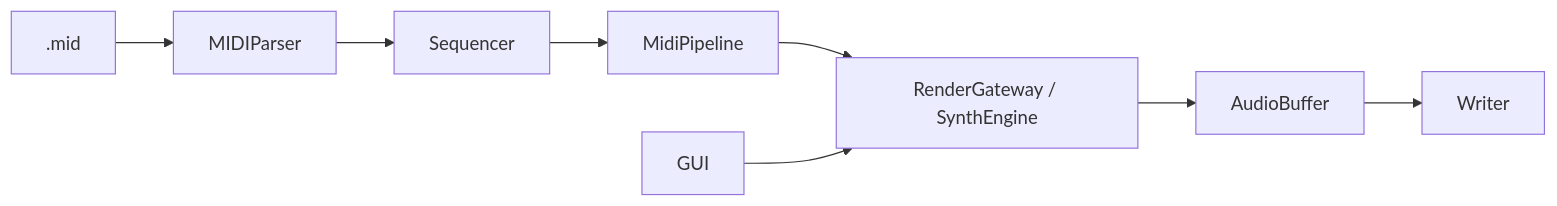
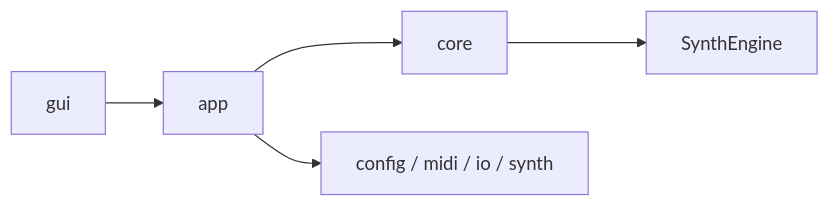
One commit to SunagimoOisii/F-Synthesizer changed the first of 2 diagrams in F-Synthesizer/docs/Architecture.md. Above: the diagram before and after it, drawn with Mermaid. The commit also changed other lines of this file and 11 other files, not shown here.

````diff
--- a/F-Synthesizer/docs/Architecture.md
+++ b/F-Synthesizer/docs/Architecture.md
@@ -7,19 +10,11 @@
 ```mermaid
 flowchart LR
-    MIDI[.mid]
-    Parser[MIDIParser]
-    Sequencer[Sequencer]
-    Pipeline[MidiPipeline]
-    Core[RenderGateway / SynthEngine]
-    Buffer[AudioBuffer]
-    Writer[Writer]
-    GUI[GUI]
+    GUI[gui]
+    APP[app]
+    CORE[core]
+    ENGINE[SynthEngine]
+    IO[config / midi / io / synth]
 
-    MIDI --> Parser
-    Parser --> Sequencer
-    Sequencer --> Pipeline
-    Pipeline --> Core
-    Core --> Buffer
-    Buffer --> Writer
-    GUI --> Core
+    GUI --> APP --> CORE --> ENGINE
+    APP --> IO
 ```
````
